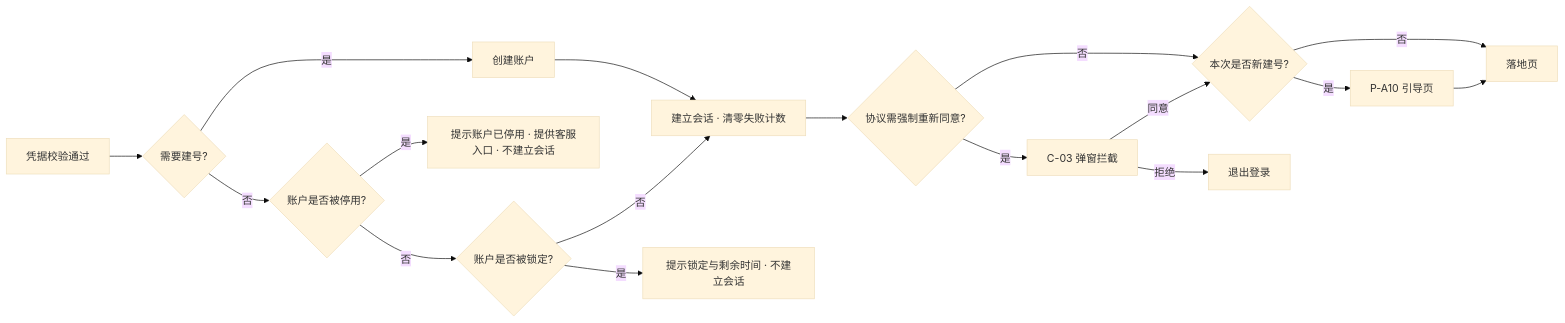
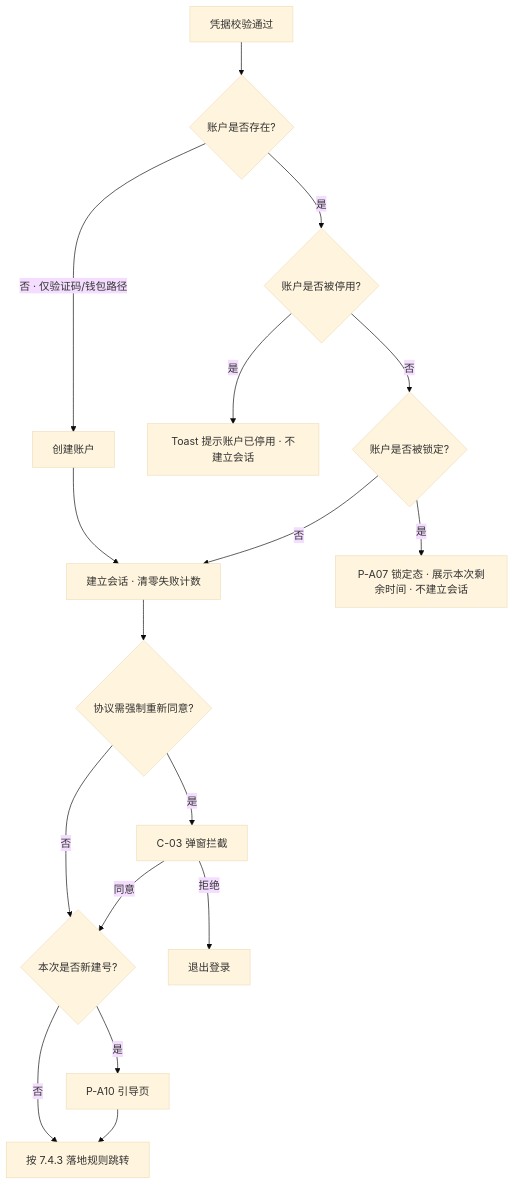
The second of 11 diagrams in prd/v1.0-账户与登录-PRD.md (wxblockchain/Chain-Financing), drawn with Mermaid (base theme) before and after one commit. The commit also changed other lines of this file, not shown here.

````diff
--- a/prd/v1.0-账户与登录-PRD.md
+++ b/prd/v1.0-账户与登录-PRD.md
@@ -449,19 +475,19 @@
 ```mermaid
-flowchart LR
-    A[凭据校验通过] --> A2{需要建号?}
-    A2 -->|是| A3[创建账户]
-    A2 -->|否| B{账户是否被停用?}
-    A3 --> D
-    B -->|是| B1[提示账户已停用 · 提供客服入口 · 不建立会话]
-    B -->|否| C{账户是否被锁定?}
-    C -->|是| C1[提示锁定与剩余时间 · 不建立会话]
-    C -->|否| D[建立会话 · 清零失败计数]
-    D --> E{协议需强制重新同意?}
-    E -->|是| E1[C-03 弹窗拦截]
-    E -->|否| F{本次是否新建号?}
-    E1 -->|同意| F
-    E1 -->|拒绝| E2[退出登录]
-    F -->|是| F1[P-A10 引导页]
-    F -->|否| G[落地页]
-    F1 --> G
+flowchart TD
+    A[凭据校验通过] --> B{账户是否存在?}
+    B -->|否 · 仅验证码/钱包路径| C[创建账户]
+    B -->|是| D{账户是否被停用?}
+    C --> F
+    D -->|是| D1[Toast 提示账户已停用 · 不建立会话]
+    D -->|否| E{账户是否被锁定?}
+    E -->|是| E1[P-A07 锁定态 · 展示本次剩余时间 · 不建立会话]
+    E -->|否| F[建立会话 · 清零失败计数]
+    F --> G{协议需强制重新同意?}
+    G -->|是| G1[C-03 弹窗拦截]
+    G -->|否| H{本次是否新建号?}
+    G1 -->|同意| H
+    G1 -->|拒绝| G2[退出登录]
+    H -->|是| H1[P-A10 引导页]
+    H -->|否| I[按 7.4.3 落地规则跳转]
+    H1 --> I
 ```
````
